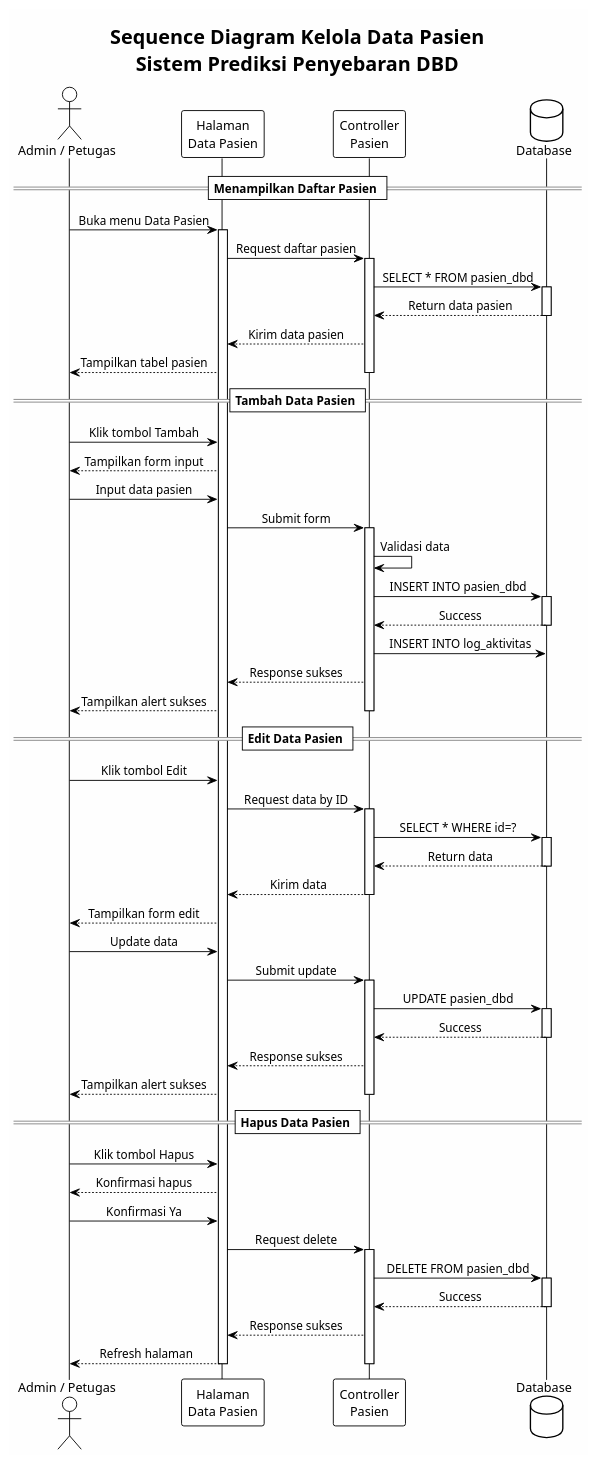
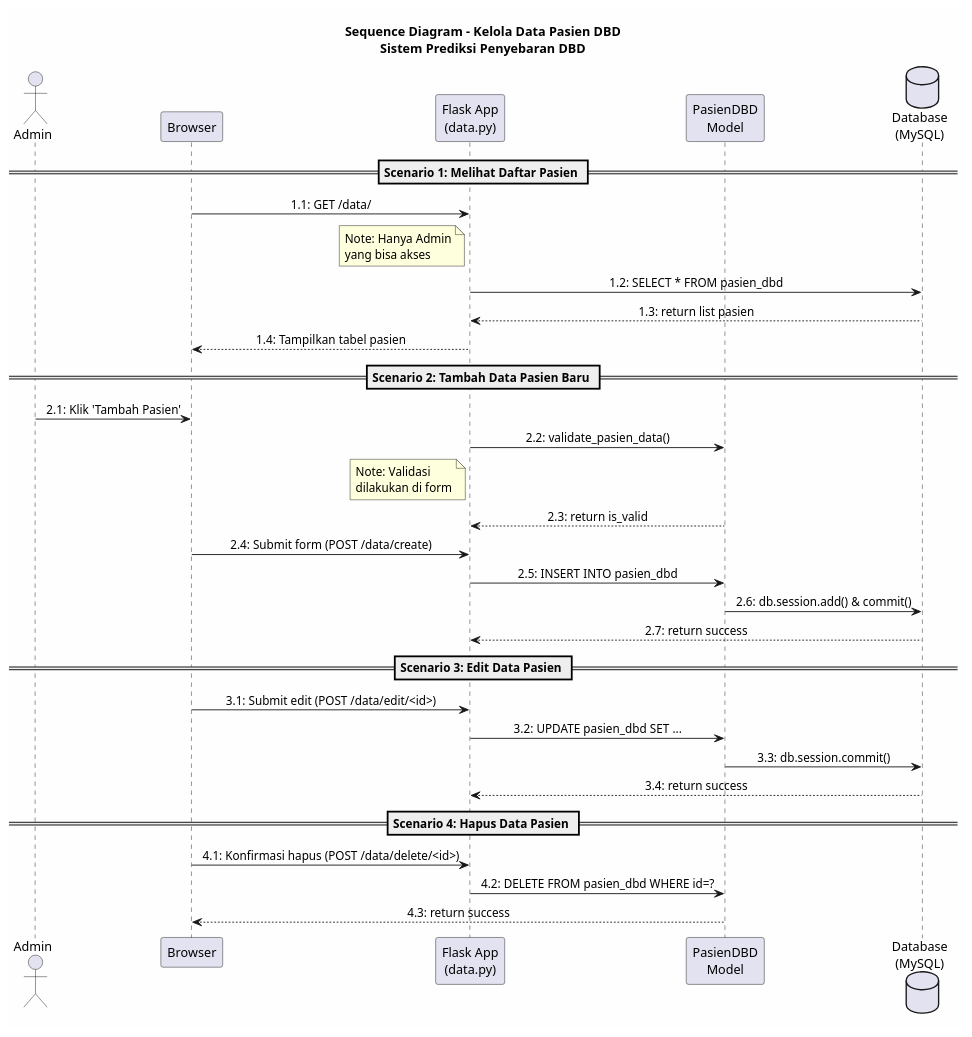
One commit to Suwardi87/prediksi-DBD changed the diagram in Dokumen/UML/sequence_diagram_kelola_pasien.puml. Above: the diagram before and after it, drawn with PlantUML. The commit also changed 39 other files, not shown here.

```diff
--- a/Dokumen/UML/sequence_diagram_kelola_pasien.puml
+++ b/Dokumen/UML/sequence_diagram_kelola_pasien.puml
@@ -1,89 +1,45 @@
-@startuml sequence_diagram_kelola_pasien
-!theme plain
+@startuml Sequence Diagram - Kelola Pasien
 skinparam backgroundColor #FEFEFE
 skinparam sequenceMessageAlign center
 
-title Sequence Diagram Kelola Data Pasien\nSistem Prediksi Penyebaran DBD
+title Sequence Diagram - Kelola Data Pasien DBD\nSistem Prediksi Penyebaran DBD
 
-actor "Admin / Petugas" as User
-participant "Halaman\nData Pasien" as Page
-participant "Controller\nPasien" as Controller
-database "Database" as DB
+actor Admin
+participant Browser
+participant "Flask App\n(data.py)" as flask
+participant "PasienDBD\nModel" as pasien
+database "Database\n(MySQL)" as db
 
-== Menampilkan Daftar Pasien ==
-User -> Page : Buka menu Data Pasien
-activate Page
+== Scenario 1: Melihat Daftar Pasien ==
 
-Page -> Controller : Request daftar pasien
-activate Controller
+Browser -> flask : 1.1: GET /data/
+note left of flask : Note: Hanya Admin\nyang bisa akses
+flask -> db : 1.2: SELECT * FROM pasien_dbd
+db --> flask : 1.3: return list pasien
+flask --> Browser : 1.4: Tampilkan tabel pasien
 
-Controller -> DB : SELECT * FROM pasien_dbd
-activate DB
-DB --> Controller : Return data pasien
-deactivate DB
+== Scenario 2: Tambah Data Pasien Baru ==
 
-Controller --> Page : Kirim data pasien
-Page --> User : Tampilkan tabel pasien
-deactivate Controller
+Admin -> Browser : 2.1: Klik 'Tambah Pasien'
+flask -> pasien : 2.2: validate_pasien_data()
+note left of flask : Note: Validasi\ndilakukan di form
+pasien --> flask : 2.3: return is_valid
+Browser -> flask : 2.4: Submit form (POST /data/create)
+flask -> pasien : 2.5: INSERT INTO pasien_dbd
+pasien -> db : 2.6: db.session.add() & commit()
+db --> flask : 2.7: return success
 
-== Tambah Data Pasien ==
-User -> Page : Klik tombol Tambah
-Page --> User : Tampilkan form input
+== Scenario 3: Edit Data Pasien ==
 
-User -> Page : Input data pasien
-Page -> Controller : Submit form
-activate Controller
+Browser -> flask : 3.1: Submit edit (POST /data/edit/<id>)
+flask -> pasien : 3.2: UPDATE pasien_dbd SET ...
+pasien -> db : 3.3: db.session.commit()
+db --> flask : 3.4: return success
 
-Controller -> Controller : Validasi data
-Controller -> DB : INSERT INTO pasien_dbd
-activate DB
-DB --> Controller : Success
-deactivate DB
+== Scenario 4: Hapus Data Pasien ==
 
-Controller -> DB : INSERT INTO log_aktivitas
-Controller --> Page : Response sukses
-Page --> User : Tampilkan alert sukses
-
-deactivate Controller
-
-== Edit Data Pasien ==
-User -> Page : Klik tombol Edit
-Page -> Controller : Request data by ID
-activate Controller
-Controller -> DB : SELECT * WHERE id=?
-activate DB
-DB --> Controller : Return data
-deactivate DB
-Controller --> Page : Kirim data
-deactivate Controller
-Page --> User : Tampilkan form edit
-
-User -> Page : Update data
-Page -> Controller : Submit update
-activate Controller
-Controller -> DB : UPDATE pasien_dbd
-activate DB
-DB --> Controller : Success
-deactivate DB
-Controller --> Page : Response sukses
-Page --> User : Tampilkan alert sukses
-deactivate Controller
-
-== Hapus Data Pasien ==
-User -> Page : Klik tombol Hapus
-Page --> User : Konfirmasi hapus
-
-User -> Page : Konfirmasi Ya
-Page -> Controller : Request delete
-activate Controller
-Controller -> DB : DELETE FROM pasien_dbd
-activate DB
-DB --> Controller : Success
-deactivate DB
-Controller --> Page : Response sukses
-Page --> User : Refresh halaman
-deactivate Controller
-
-deactivate Page
+Browser -> flask : 4.1: Konfirmasi hapus (POST /data/delete/<id>)
+flask -> pasien : 4.2: DELETE FROM pasien_dbd WHERE id=?
+pasien --> Browser : 4.3: return success
 
 @enduml
```
